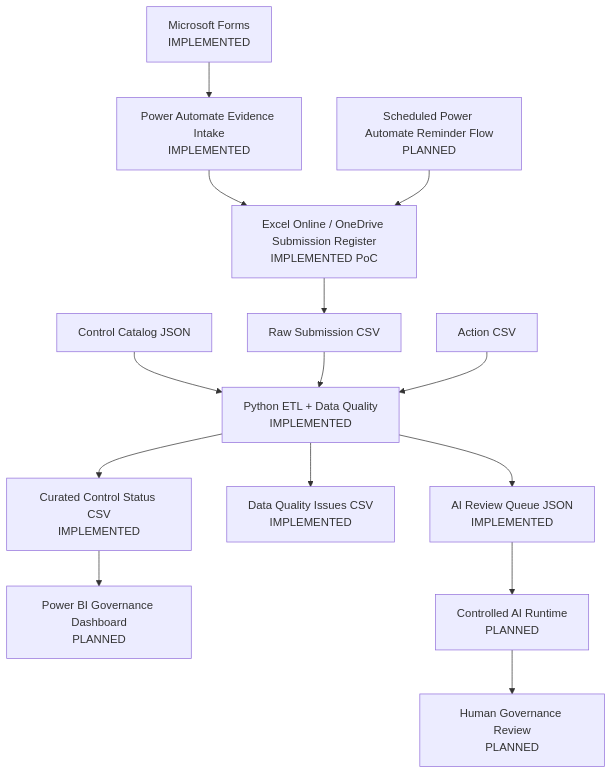
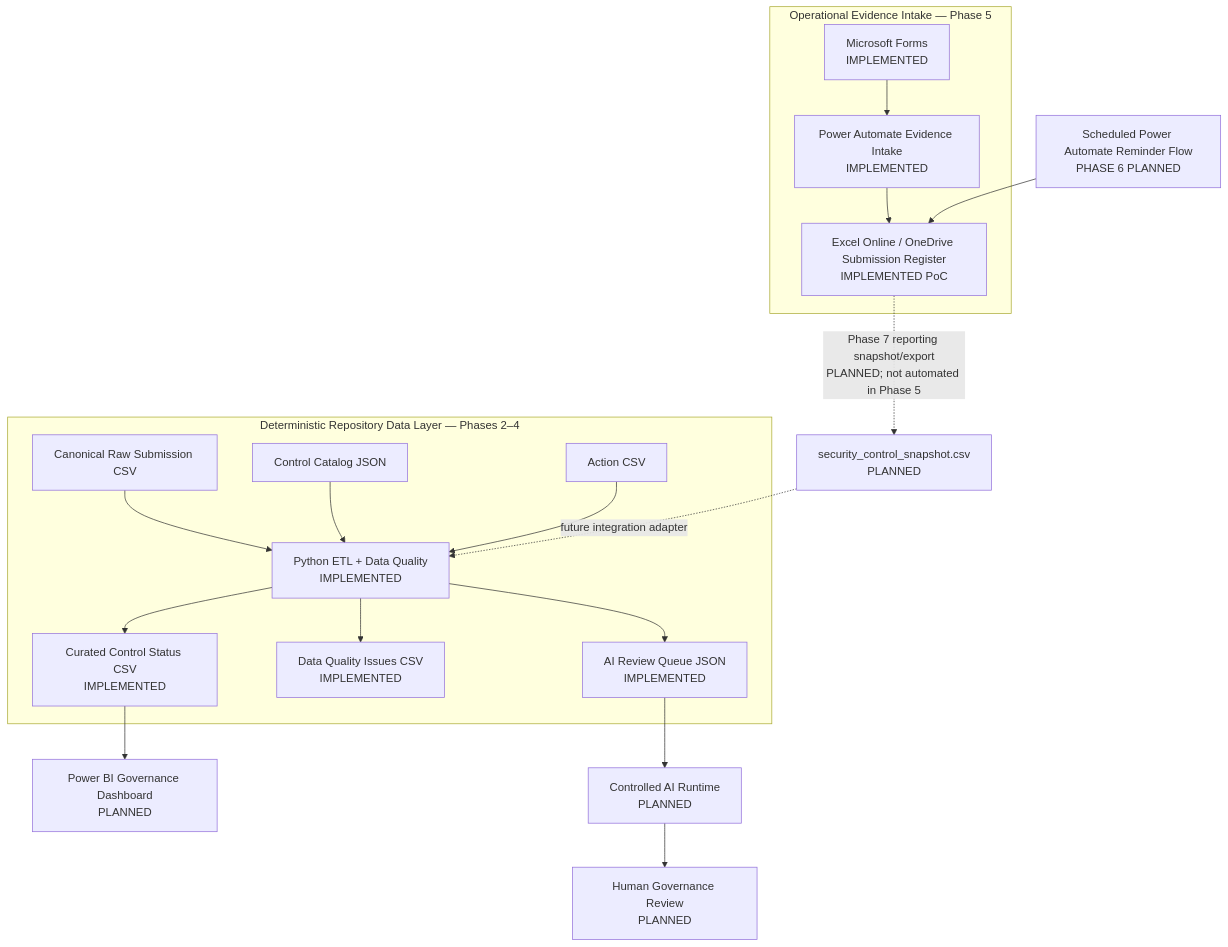
One commit to gw-ai-security/cyber-governance-automation-lab changed the first of 4 diagrams in docs/architecture.md. Above: the diagram before and after it, drawn with Mermaid. The commit also changed other lines of this file and 6 other files, not shown here.

Commit message:
docs: align repository state after Phase 5 audit

````diff
--- a/docs/architecture.md
+++ b/docs/architecture.md
@@ -11,16 +44,24 @@
 ```mermaid
 flowchart TD
-    A[Microsoft Forms<br/>IMPLEMENTED] --> B[Power Automate Evidence Intake<br/>IMPLEMENTED]
-    B --> C[Excel Online / OneDrive Submission Register<br/>IMPLEMENTED PoC]
-    C --> D[Raw Submission CSV]
-    E[Control Catalog JSON] --> F[Python ETL + Data Quality<br/>IMPLEMENTED]
-    D --> F
-    G[Action CSV] --> F
-    F --> H[Curated Control Status CSV<br/>IMPLEMENTED]
-    F --> I[Data Quality Issues CSV<br/>IMPLEMENTED]
-    F --> J[AI Review Queue JSON<br/>IMPLEMENTED]
+    subgraph OP[Operational Evidence Intake — Phase 5]
+        A[Microsoft Forms<br/>IMPLEMENTED] --> B[Power Automate Evidence Intake<br/>IMPLEMENTED]
+        B --> C[Excel Online / OneDrive Submission Register<br/>IMPLEMENTED PoC]
+    end
+
+    subgraph REPO[Deterministic Repository Data Layer — Phases 2–4]
+        D[Canonical Raw Submission CSV] --> F[Python ETL + Data Quality<br/>IMPLEMENTED]
+        E[Control Catalog JSON] --> F
+        G[Action CSV] --> F
+        F --> H[Curated Control Status CSV<br/>IMPLEMENTED]
+        F --> I[Data Quality Issues CSV<br/>IMPLEMENTED]
+        F --> J[AI Review Queue JSON<br/>IMPLEMENTED]
+    end
+
+    C -. Phase 7 reporting snapshot/export<br/>PLANNED; not automated in Phase 5 .-> S[security_control_snapshot.csv<br/>PLANNED]
+    S -. future integration adapter .-> F
+
     H --> K[Power BI Governance Dashboard<br/>PLANNED]
     J --> L[Controlled AI Runtime<br/>PLANNED]
     L --> M[Human Governance Review<br/>PLANNED]
-    N[Scheduled Power Automate Reminder Flow<br/>PLANNED] --> C
+    N[Scheduled Power Automate Reminder Flow<br/>PHASE 6 PLANNED] --> C
 ```
````
